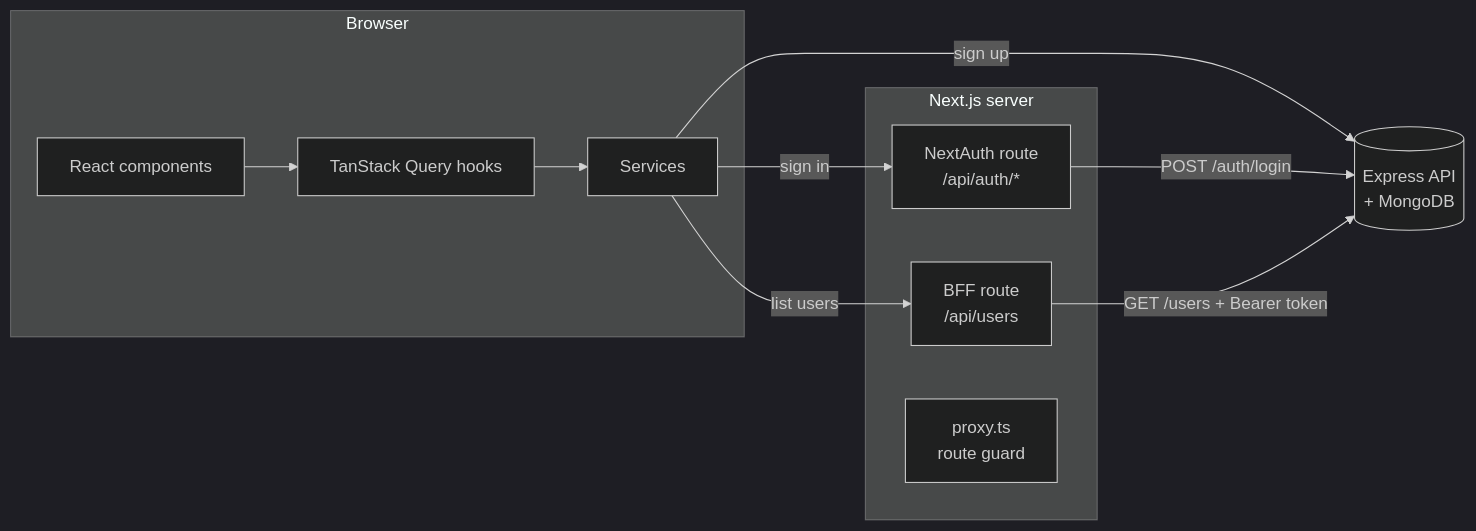
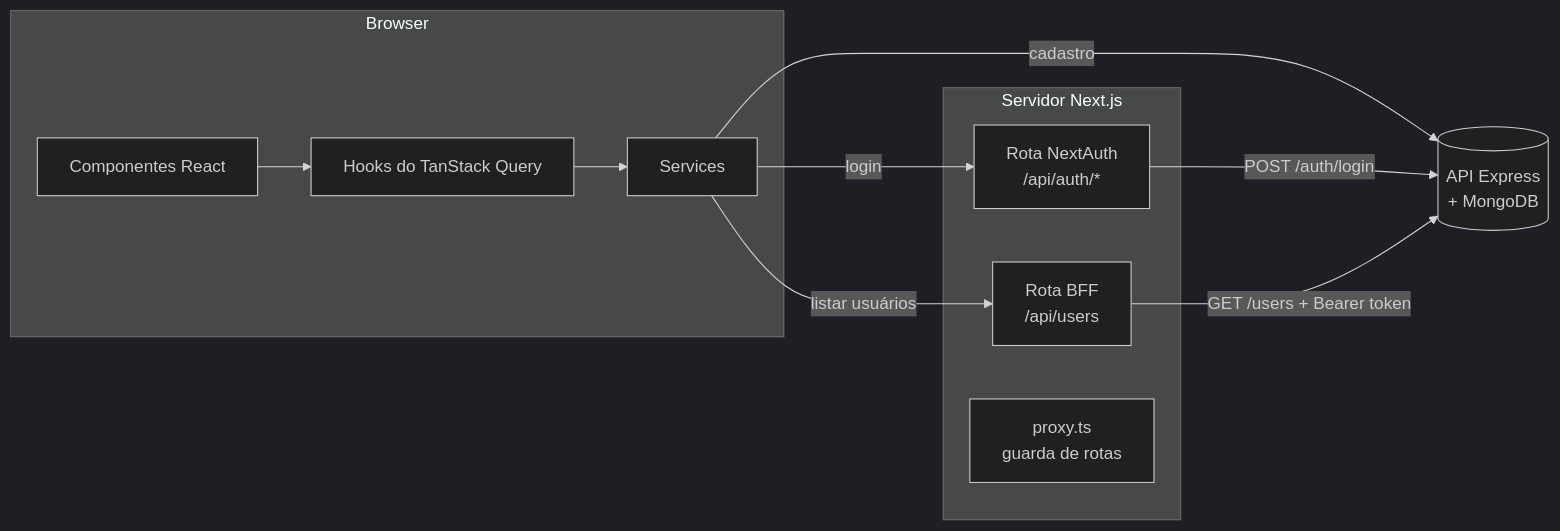
The diagram in README.md (Bizzye/frontend-growth-machine), drawn with Mermaid (dark theme) before and after one commit. The commit also changed other lines of this file and 1 other file, not shown here.

````diff
--- a/README.md
+++ b/README.md
@@ -60,17 +63,17 @@
 ```mermaid
 flowchart LR
   subgraph Browser
-    UI[React components] --> Q[TanStack Query hooks]
+    UI[Componentes React] --> Q[Hooks do TanStack Query]
     Q --> S[Services]
   end
-  subgraph Next.js server
-    NA[NextAuth route<br/>/api/auth/*]
-    BFF[BFF route<br/>/api/users]
-    P[proxy.ts<br/>route guard]
+  subgraph Servidor Next.js
+    NA[Rota NextAuth<br/>/api/auth/*]
+    BFF[Rota BFF<br/>/api/users]
+    P[proxy.ts<br/>guarda de rotas]
   end
-  S -- sign in --> NA
-  S -- list users --> BFF
-  S -- sign up --> API
-  NA -- POST /auth/login --> API[(Express API<br/>+ MongoDB)]
+  S -- login --> NA
+  S -- listar usuários --> BFF
+  S -- cadastro --> API
+  NA -- POST /auth/login --> API[(API Express<br/>+ MongoDB)]
   BFF -- GET /users + Bearer token --> API
 ```
````
